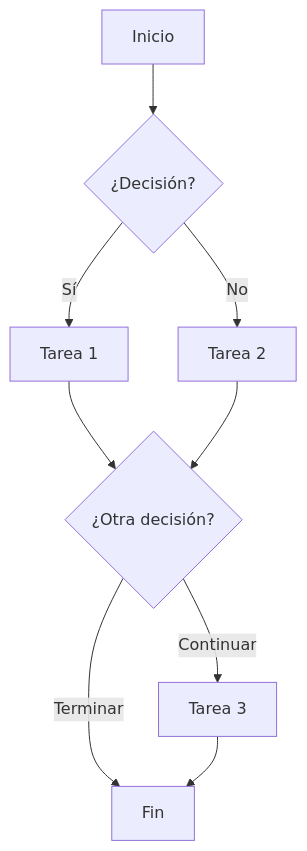
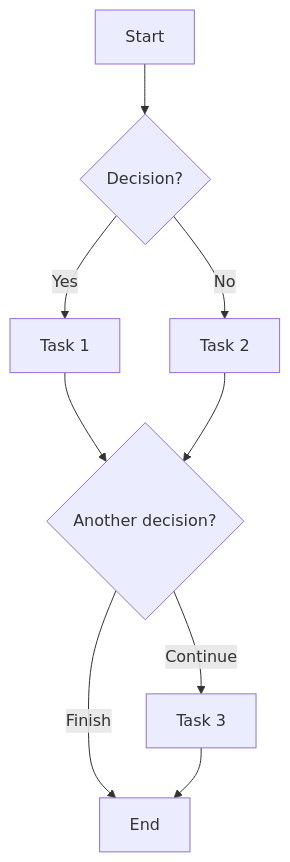
The diagram in templates/process.template.md (knowledge-driven-dev/kdd-specs), drawn with Mermaid before and after one commit. The commit also changed other lines of this file and 31 other files, not shown here.

````diff
--- a/templates/process.template.md
+++ b/templates/process.template.md
@@ -27,11 +25,11 @@
 ```mermaid
 flowchart TD
-    A[Inicio] --> B{¿Decisión?}
-    B -- Sí --> C[Tarea 1]
-    B -- No --> D[Tarea 2]
-    C --> E{¿Otra decisión?}
+    A[Start] --> B{Decision?}
+    B -- Yes --> C[Task 1]
+    B -- No --> D[Task 2]
+    C --> E{Another decision?}
     D --> E
-    E -- Continuar --> F[Tarea 3]
-    E -- Terminar --> G[Fin]
+    E -- Continue --> F[Task 3]
+    E -- Finish --> G[End]
     F --> G
 ```
````
